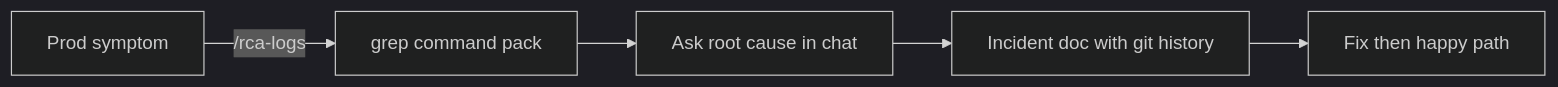
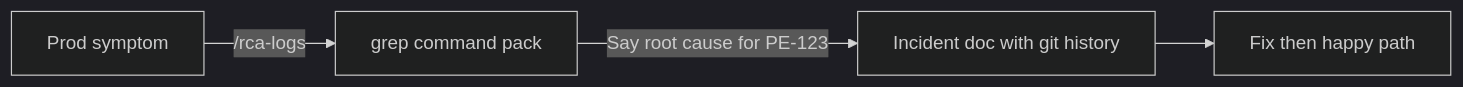
The second of 2 diagrams in WORKFLOW.md (trusttAshutosh/cursor-markdowns), drawn with Mermaid (dark theme) before and after one commit. The commit also changed other lines of this file and 2 other files, not shown here.

First line of the commit message:
docs: WORKFLOW flowchart - /commands vs Say natural language

````diff
--- a/WORKFLOW.md
+++ b/WORKFLOW.md
@@ -37,7 +37,6 @@
 ```mermaid
 flowchart LR
   P[Prod symptom] -->|/rca-logs| Q[grep command pack]
-  Q --> R[Ask root cause in chat]
-  R --> S[Incident doc with git history]
-  S --> T[Fix then happy path]
+  Q -->|Say root cause for PE-123| R[Incident doc with git history]
+  R --> S[Fix then happy path]
 ```
````
